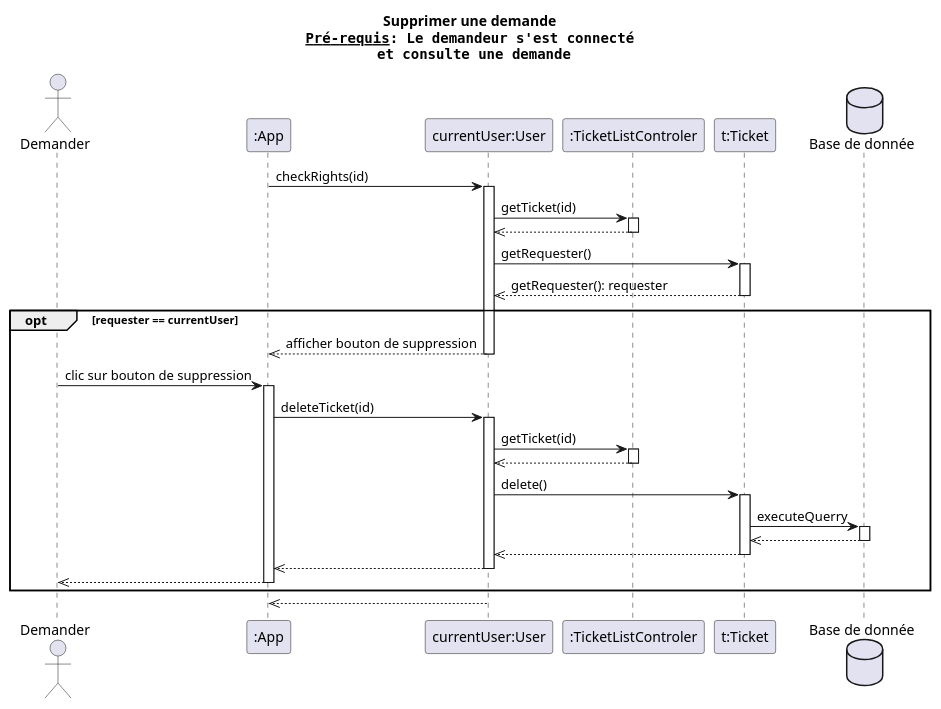
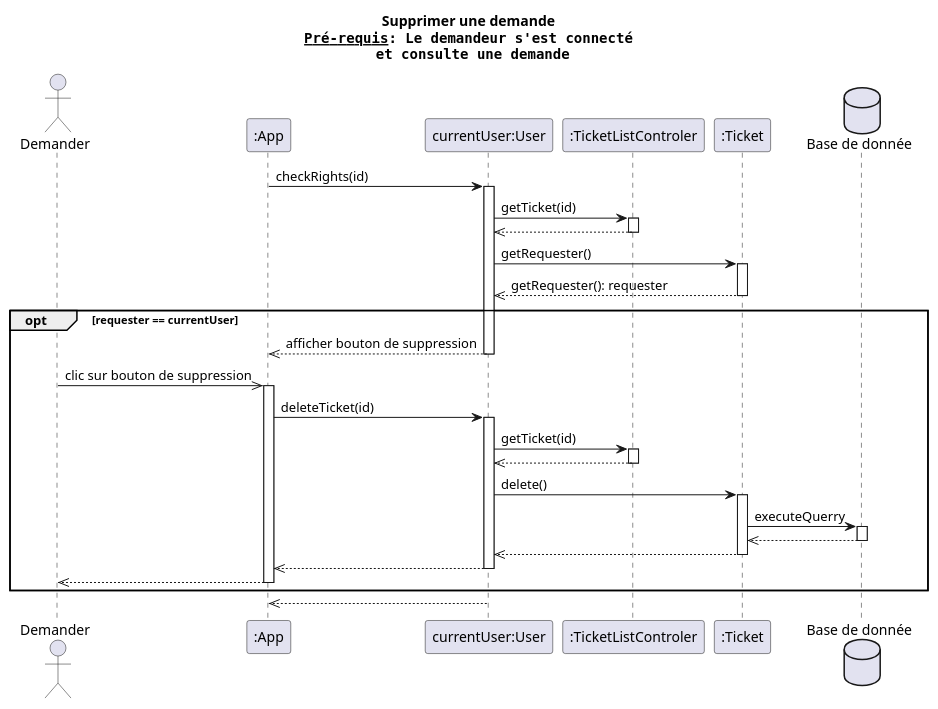
The diagram in docs/UML/diagrammes séquence/supprimer demande.puml (dorianleveque/CoHub), drawn with PlantUML before and after one commit. The commit also changed 4 other files, not shown here.

Commit message:
update sequence

```diff
--- a/docs/UML/diagrammes séquence/supprimer demande.puml
+++ b/docs/UML/diagrammes séquence/supprimer demande.puml
@@ -1,52 +1,52 @@
 @startuml supprimer un ticket
 title Supprimer une demande\n""__Pré-requis__: Le demandeur s'est connecté""\n"" et consulte une demande""
 actor client as "Demander" order 1
 participant app as ":App"   order 2
 participant user as "currentUser:User" order 3
 participant tlc as ":TicketListControler" order 4
-participant ticket as "t:Ticket" order 5
+participant ticket as ":Ticket" order 5
 database bdd as "Base de donnée" order 6
 
 app -> user: checkRights(id)
 activate user
 user -> tlc: getTicket(id)
 activate tlc
 user <<-- tlc
 deactivate tlc
 
 user -> ticket: getRequester()
 activate ticket
 user <<-- ticket : getRequester(): requester
 deactivate ticket
 
 opt requester == currentUser
     app <<-- user: afficher bouton de suppression
     deactivate user
 
-    client -> app: clic sur bouton de suppression
+    client ->> app: clic sur bouton de suppression
     activate app
     app -> user: deleteTicket(id)
     activate user
     user -> tlc: getTicket(id)
     activate tlc
     user <<-- tlc
     deactivate tlc
 
     user -> ticket: delete()
     activate ticket
     ticket -> bdd: executeQuerry
     activate bdd
     ticket <<-- bdd
     deactivate bdd
     user <<-- ticket
     deactivate ticket
 
     app <<-- user
     deactivate user
 
     client <<-- app
     deactivate app
 end
 app <<-- user
 deactivate user
 @enduml
```
